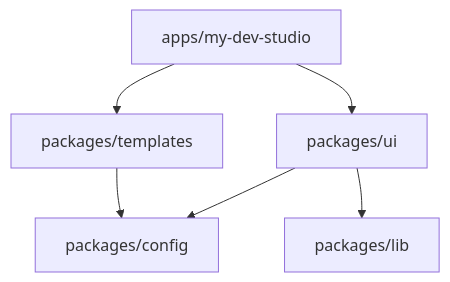
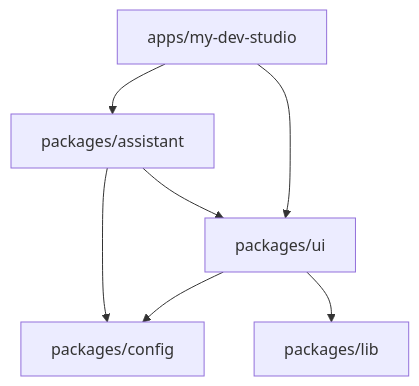
The second of 6 diagrams in docs/architecture.md (yusufyilmz/devhub-showcase), drawn with Mermaid before and after one commit. The commit also changed other lines of this file and 12 other files, not shown here.

````diff
--- a/docs/architecture.md
+++ b/docs/architecture.md
@@ -48,8 +47,9 @@
 ```mermaid
 flowchart TD
   App["apps/my-dev-studio"] --> UI["packages/ui"]
-  App --> Templates["packages/templates"]
+  App --> Assistant["packages/assistant"]
+  Assistant --> UI
   UI --> Config["packages/config"]
   UI --> Lib["packages/lib"]
-  Templates --> Config
+  Assistant --> Config
 ```
````
